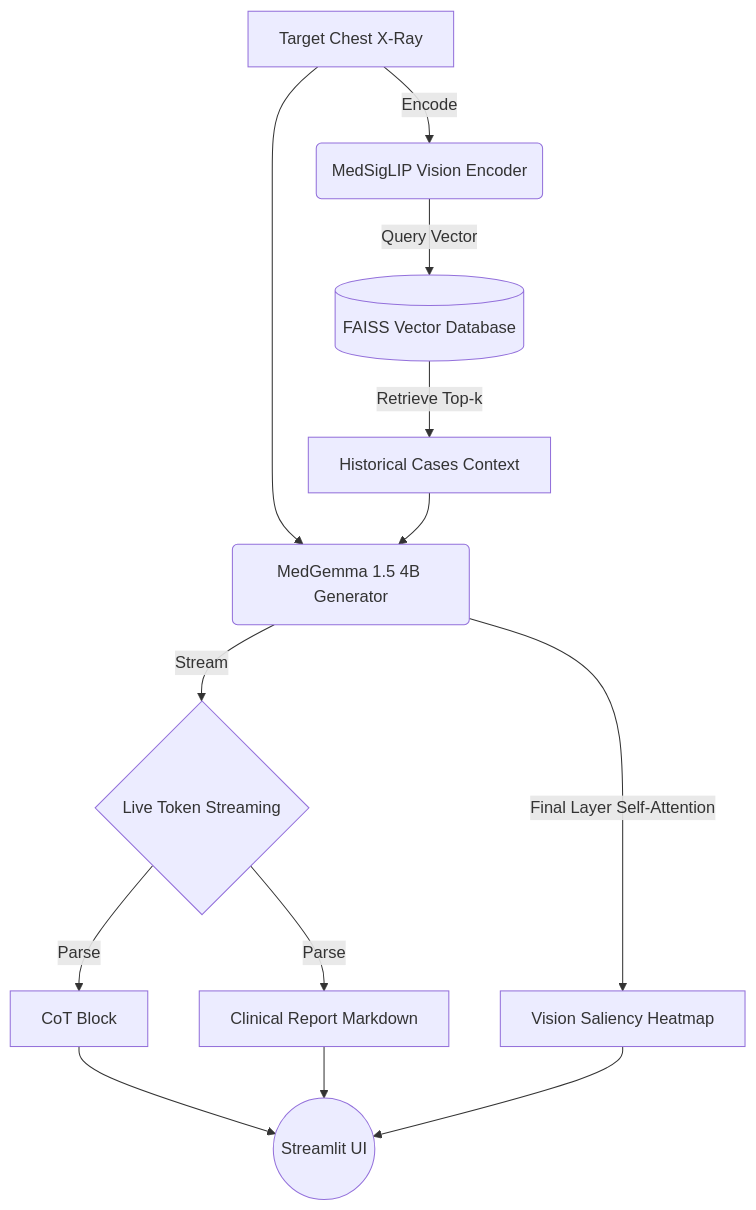
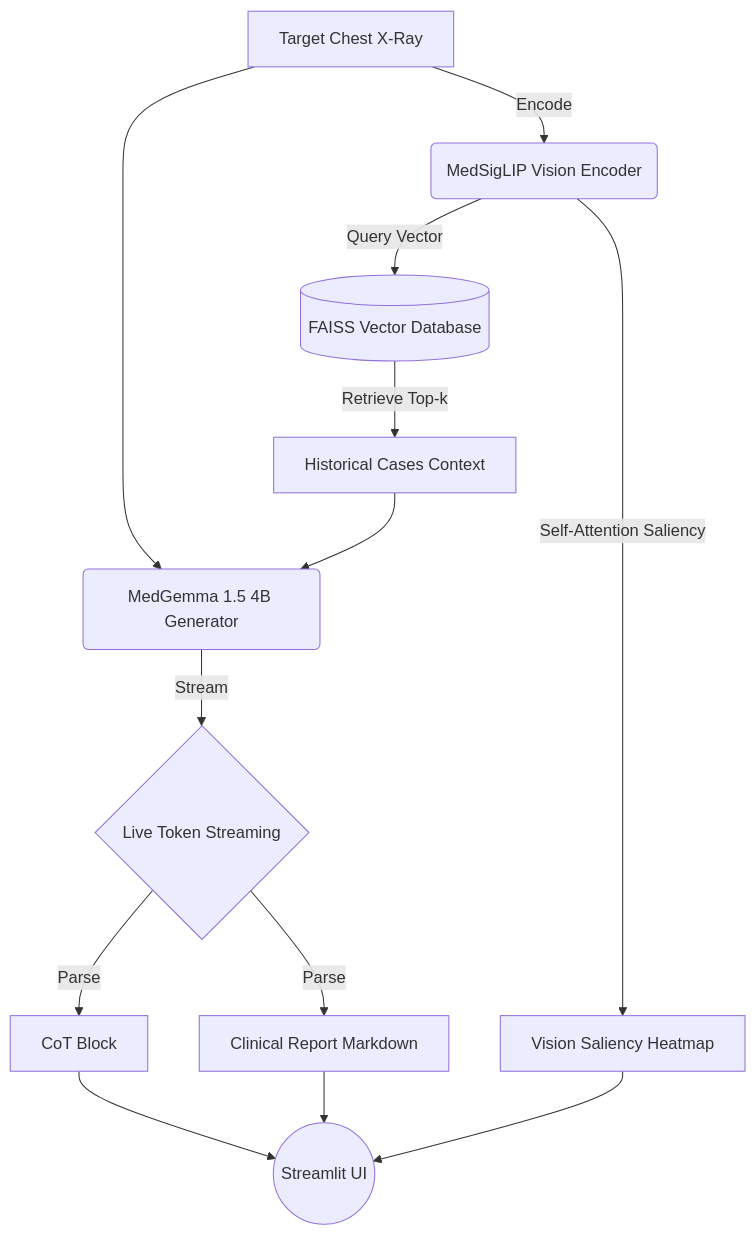
Before and after one commit to TanOlive/CLIN-RAG: the diagram in README.md, drawn with Mermaid. The commit also changed other lines of this file, not shown here.

````diff
--- a/README.md
+++ b/README.md
@@ -28,15 +28,15 @@
 ```mermaid
 graph TD
     A[Target Chest X-Ray] -->|Encode| B(MedSigLIP Vision Encoder)
     B -->|Query Vector| C[(FAISS Vector Database)]
+    B -->|Self-Attention Saliency| I[Vision Saliency Heatmap]
     C -->|Retrieve Top-k| D[Historical Cases Context]
     A --> E(MedGemma 1.5 4B Generator)
     D --> E
-    E -->|Final Layer Self-Attention| I[Vision Saliency Heatmap]
     E -->|Stream| F{Live Token Streaming}
     F -->|Parse| G[<clinical_reasoning> CoT Block]
     F -->|Parse| H[Clinical Report Markdown]
     G --> J((Streamlit UI))
     H --> J
     I --> J
 ```
````
